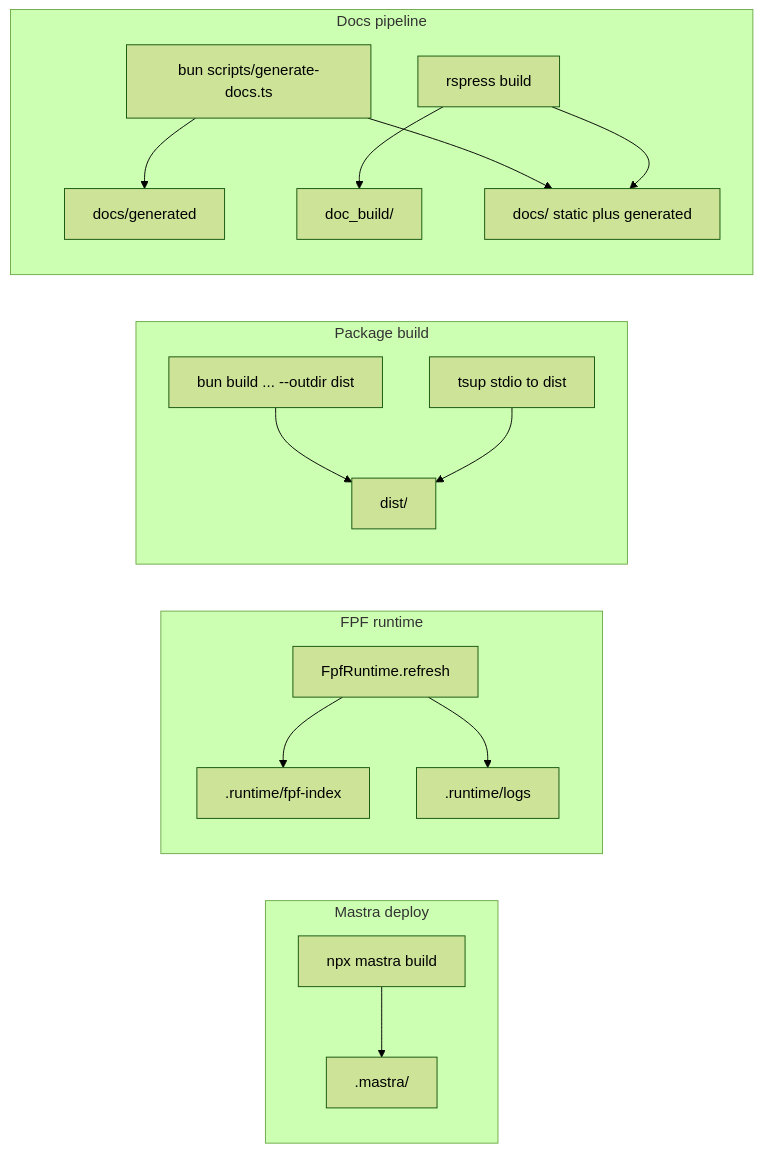
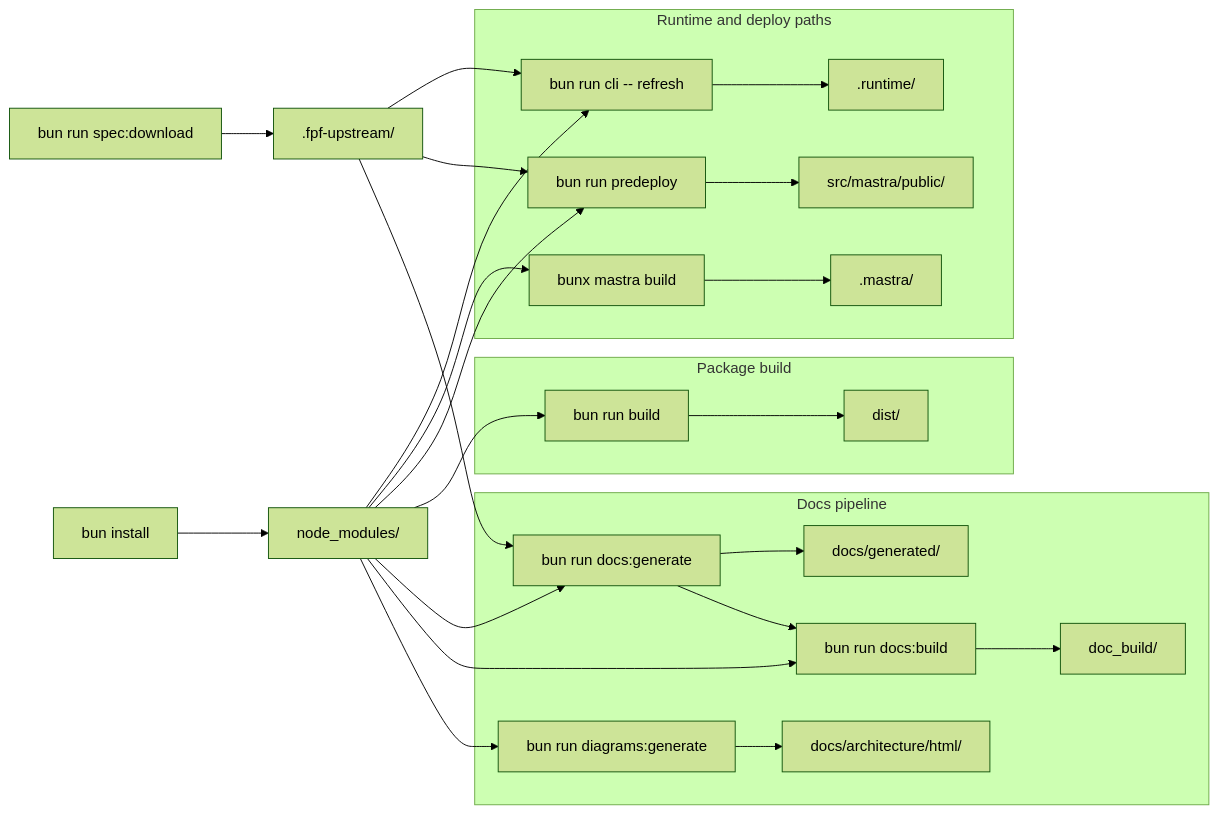
One commit to iweself/fpf-memory changed the diagram in docs/architecture/artifact-directories.md. Above: the diagram before and after it, drawn with Mermaid (forest theme). The commit also changed other lines of this file and 9 other files, not shown here.

Commit message:
Simplify repo scripts and document root contract

````diff
--- a/docs/architecture/artifact-directories.md
+++ b/docs/architecture/artifact-directories.md
@@ -7,30 +67,40 @@
 ```mermaid
 flowchart LR
-  subgraph mastraDeploy [Mastra deploy]
-    mastraBuild["npx mastra build"]
-    mastraOut[".mastra/"]
-    mastraBuild --> mastraOut
+  download["bun run spec:download"] --> upstream[".fpf-upstream/"]
+  install["bun install"] --> deps["node_modules/"]
+
+  subgraph runtimeAndDeploy [Runtime and deploy paths]
+    refresh["bun run cli -- refresh"]
+    mastraBuild["bunx mastra build"]
+    predeploy["bun run predeploy"]
+    refresh --> runtime[".runtime/"]
+    mastraBuild --> mastra[".mastra/"]
+    predeploy --> mastraPublic["src/mastra/public/"]
   end
-  subgraph fpfRuntime [FPF runtime]
-    refresh["FpfRuntime.refresh"]
-    artifacts[".runtime/fpf-index"]
-    logs[".runtime/logs"]
-    refresh --> artifacts
-    refresh --> logs
+
+  subgraph packageBuild [Package build]
+    build["bun run build"]
+    build --> dist["dist/"]
   end
-  subgraph packageBuild [Package build]
-    bunBuild["bun build ... --outdir dist"]
-    tsup["tsup stdio to dist"]
-    bunBuild --> dist["dist/"]
-    tsup --> dist
+
+  subgraph docsPipeline [Docs pipeline]
+    docsGenerate["bun run docs:generate"]
+    diagrams["bun run diagrams:generate"]
+    docsBuild["bun run docs:build"]
+    docsGenerate --> docsGenerated["docs/generated/"]
+    diagrams --> docsHtml["docs/architecture/html/"]
+    docsGenerate --> docsBuild
+    docsBuild --> docBuild["doc_build/"]
   end
-  subgraph docsPipeline [Docs pipeline]
-    gen["bun scripts/generate-docs.ts"]
-    rspress["rspress build"]
-    gen --> docsGen["docs/generated"]
-    rspress --> docBuild["doc_build/"]
-    docsRoot["docs/ static plus generated"]
-    gen --> docsRoot
-    rspress --> docsRoot
-  end
+
+  upstream --> refresh
+  upstream --> predeploy
+  upstream --> docsGenerate
+  deps --> refresh
+  deps --> mastraBuild
+  deps --> predeploy
+  deps --> build
+  deps --> docsGenerate
+  deps --> docsBuild
+  deps --> diagrams
 ```
````
